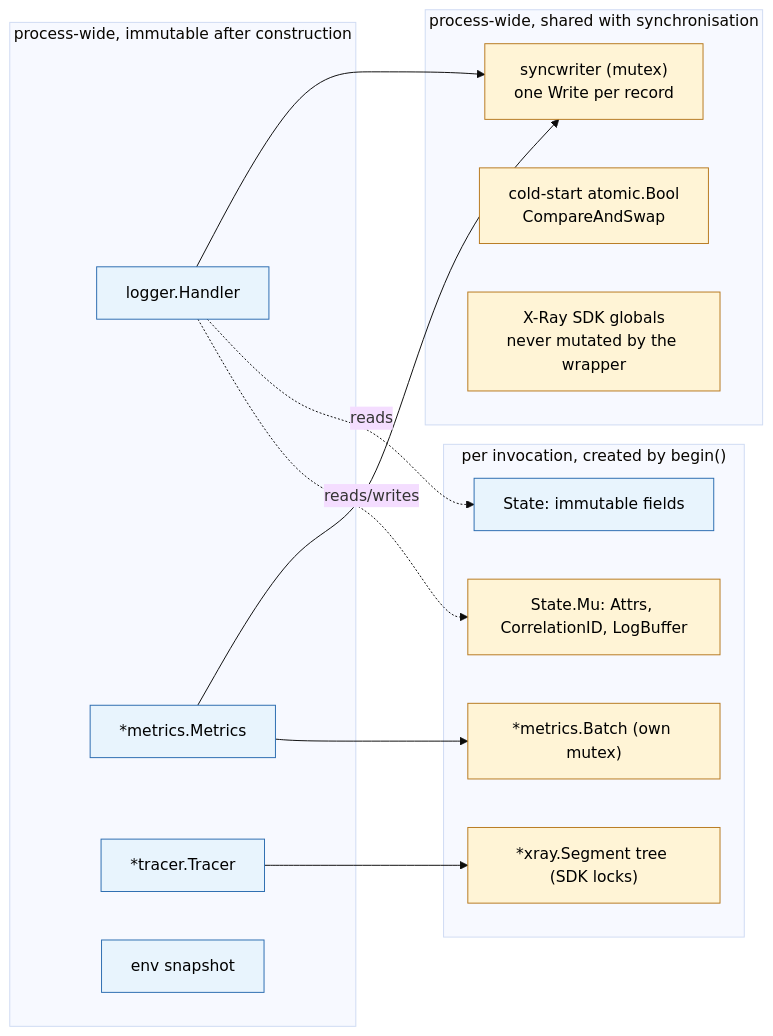
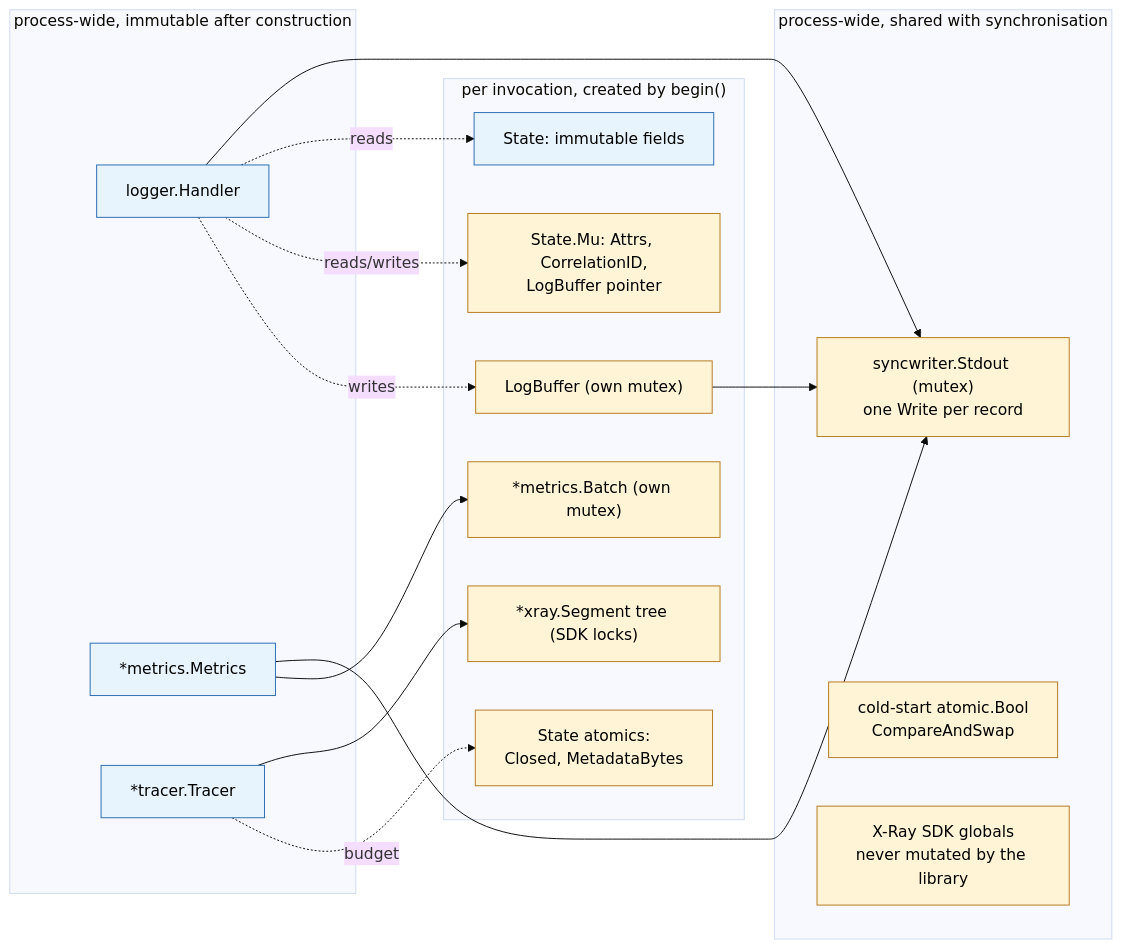
Before and after one commit to christiangda/powertools-lambda-go-plan: the fifth of 9 diagrams in 01-architecture.md, drawn with Mermaid (base theme). The commit also changed other lines of this file and 11 other files, not shown here.

````diff
--- a/01-architecture.md
+++ b/01-architecture.md
@@ -443,30 +877,34 @@
 ```mermaid
 flowchart LR
   subgraph proc["process-wide, immutable after construction"]
     H["logger.Handler"]
     M["*metrics.Metrics"]
     T["*tracer.Tracer"]
-    E["env snapshot"]
   end
   subgraph shared["process-wide, shared with synchronisation"]
-    W["syncwriter (mutex)<br/>one Write per record"]
+    W["syncwriter.Stdout (mutex)<br/>one Write per record"]
     CS["cold-start atomic.Bool<br/>CompareAndSwap"]
-    SDK["X-Ray SDK globals<br/>never mutated by the wrapper"]
+    SDK["X-Ray SDK globals<br/>never mutated by the library"]
   end
   subgraph inv["per invocation, created by begin()"]
     S["State: immutable fields"]
-    SM["State.Mu: Attrs, CorrelationID, LogBuffer"]
+    SM["State.Mu: Attrs, CorrelationID,<br/>LogBuffer pointer"]
+    LB["LogBuffer (own mutex)"]
+    AT["State atomics:<br/>Closed, MetadataBytes"]
     B["*metrics.Batch (own mutex)"]
     SG["*xray.Segment tree (SDK locks)"]
   end
   H --> W
   M --> W
   H -.reads.-> S
   H -.reads/writes.-> SM
+  H -.writes.-> LB
+  LB --> W
   M --> B
   T --> SG
+  T -.budget.-> AT
   classDef imm fill:#e8f4fd,stroke:#2b6cb0,color:#000;
   classDef mtx fill:#fff4d6,stroke:#b7791f,color:#000;
-  class H,M,T,E,S imm;
-  class W,CS,SDK,SM,B,SG mtx;
+  class H,M,T,S imm;
+  class W,CS,SDK,SM,LB,AT,B,SG mtx;
 ```
````
